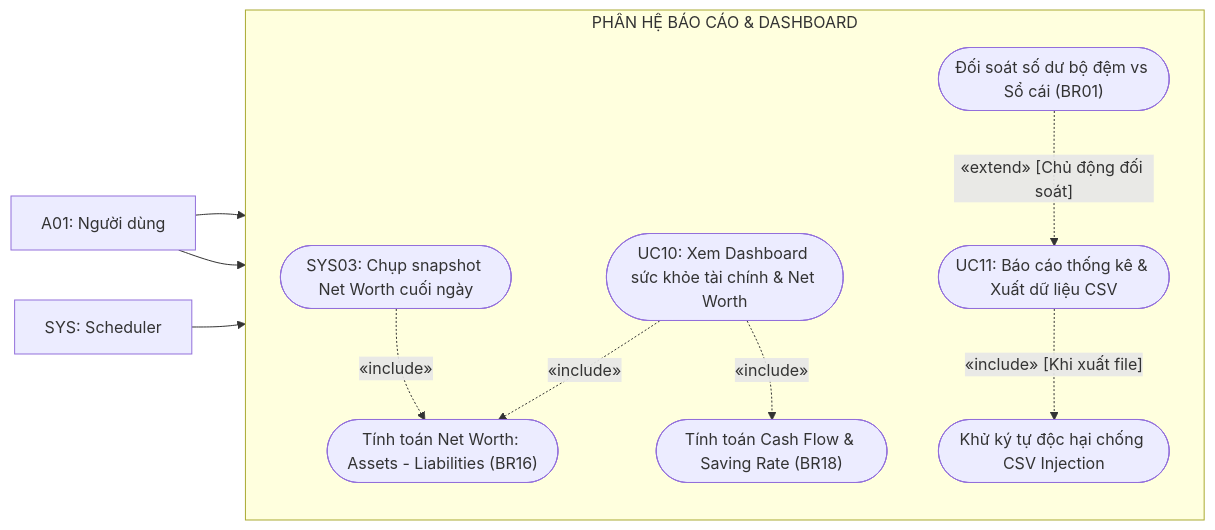
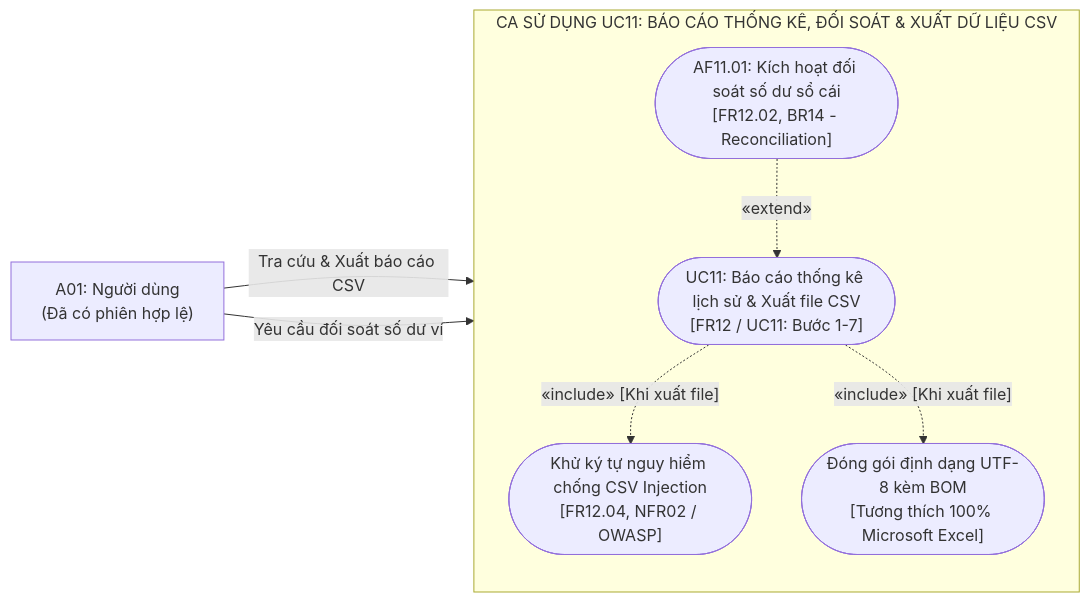
Before and after one commit to huytothevoz/SE---Microfinance-Personal-Wealth-Expense-Tracker: diagram 12 of 14 in docs/02_elaboration/uml_modeling/usecase_diagram.md, drawn with Mermaid. The commit also changed other lines of this file and 1 other file, not shown here.

Commit message:
docs(uml): update usecase diagrams to v2.1 and add bidirectional mapping links to SRS

````diff
--- a/docs/02_elaboration/uml_modeling/usecase_diagram.md
+++ b/docs/02_elaboration/uml_modeling/usecase_diagram.md
@@ -233,32 +601,24 @@
 ```mermaid
 flowchart LR
     %% Actors
-    User["A01: Người dùng"]
-    Scheduler["SYS: Scheduler"]
+    User["A01: Người dùng<br/>(Đã có phiên hợp lệ)"]
 
-    subgraph Boundary_Analytics["PHÂN HỆ BÁO CÁO & DASHBOARD"]
+    subgraph Boundary_UC11["CA SỬ DỤNG UC11: BÁO CÁO THỐNG KÊ, ĐỐI SOÁT & XUẤT DỮ LIỆU CSV"]
         direction TB
 
-        UC10(["UC10: Xem Dashboard sức khỏe tài chính & Net Worth"])
-        CalcNetWorth(["Tính toán Net Worth: Assets - Liabilities (BR16)"])
-        CalcMetrics(["Tính toán Cash Flow & Saving Rate (BR18)"])
-        DailySnapshot(["SYS03: Chụp snapshot Net Worth cuối ngày"])
-
-        UC11(["UC11: Báo cáo thống kê & Xuất dữ liệu CSV"])
-        UC11_Recon(["Đối soát số dư bộ đệm vs Sổ cái (BR01)"])
-        UC11_Sanitize(["Khử ký tự độc hại chống CSV Injection"])
+        UC11(["UC11: Báo cáo thống kê lịch sử & Xuất file CSV<br/>[FR12 / UC11: Bước 1-7]"])
+        SanitizeCSV(["Khử ký tự nguy hiểm chống CSV Injection<br/>[FR12.04, NFR02 / OWASP]"])
+        FormatBOM(["Đóng gói định dạng UTF-8 kèm BOM<br/>[Tương thích 100% Microsoft Excel]"])
+        
+        AF11_01(["AF11.01: Kích hoạt đối soát số dư sổ cái<br/>[FR12.02, BR14 - Reconciliation]"])
     end
 
-    %% Tương tác
-    User --> UC10
-    User --> UC11
-    Scheduler --> DailySnapshot
+    %% Tương tác Tác nhân
+    User -->|"Tra cứu & Xuất báo cáo CSV"| UC11
+    User -->|"Yêu cầu đối soát số dư ví"| AF11_01
 
-    %% Include / Extend
-    UC10 -.->|"«include»"| CalcNetWorth
-    UC10 -.->|"«include»"| CalcMetrics
-    DailySnapshot -.->|"«include»"| CalcNetWorth
-
-    UC11 -.->|"«include» [Khi xuất file]"| UC11_Sanitize
-    UC11_Recon -.->|"«extend» [Chủ động đối soát]"| UC11
+    %% Quan hệ Include / Extend trong UC11
+    UC11 -.->|"«include» [Khi xuất file]"| SanitizeCSV
+    UC11 -.->|"«include» [Khi xuất file]"| FormatBOM
+    AF11_01 -.->|"«extend»"| UC11
 ```
````
